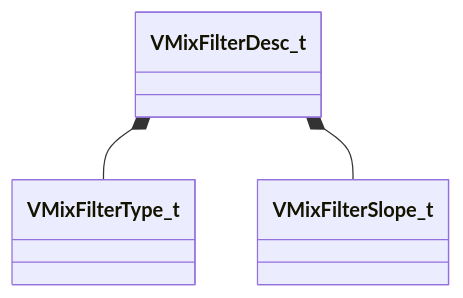
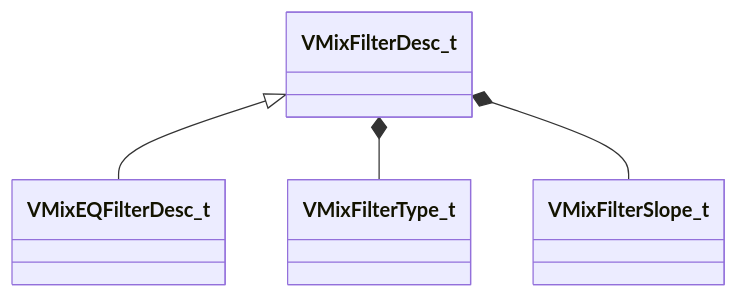
Before and after one commit to CS2OpenDev/CS2OpenDev-Docs: the diagram in docs/generated/schemas/soundsystem_lowlevel/VMixFilterDesc_t.md, drawn with Mermaid. The commit also changed other lines of this file and 4654 other files, not shown here.

Commit message:
docs: regenerate for SchemaTracker build 25947352 [skip ci]

````diff
--- a/docs/generated/schemas/soundsystem_lowlevel/VMixFilterDesc_t.md
+++ b/docs/generated/schemas/soundsystem_lowlevel/VMixFilterDesc_t.md
@@ -17,5 +19,6 @@
 ```mermaid
 classDiagram
+    VMixFilterDesc_t <|-- VMixEQFilterDesc_t
     VMixFilterDesc_t *-- VMixFilterType_t
     VMixFilterDesc_t *-- VMixFilterSlope_t
 ```
````
